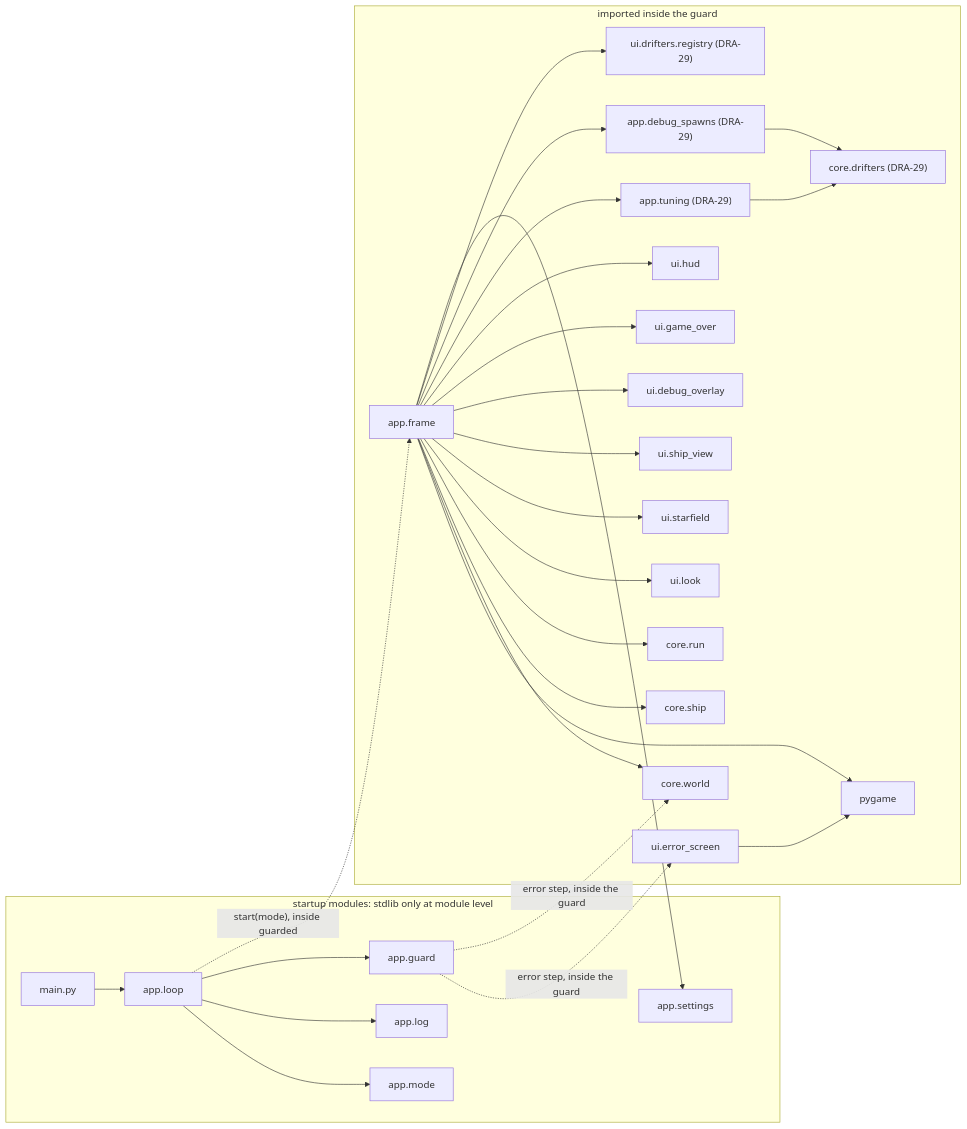
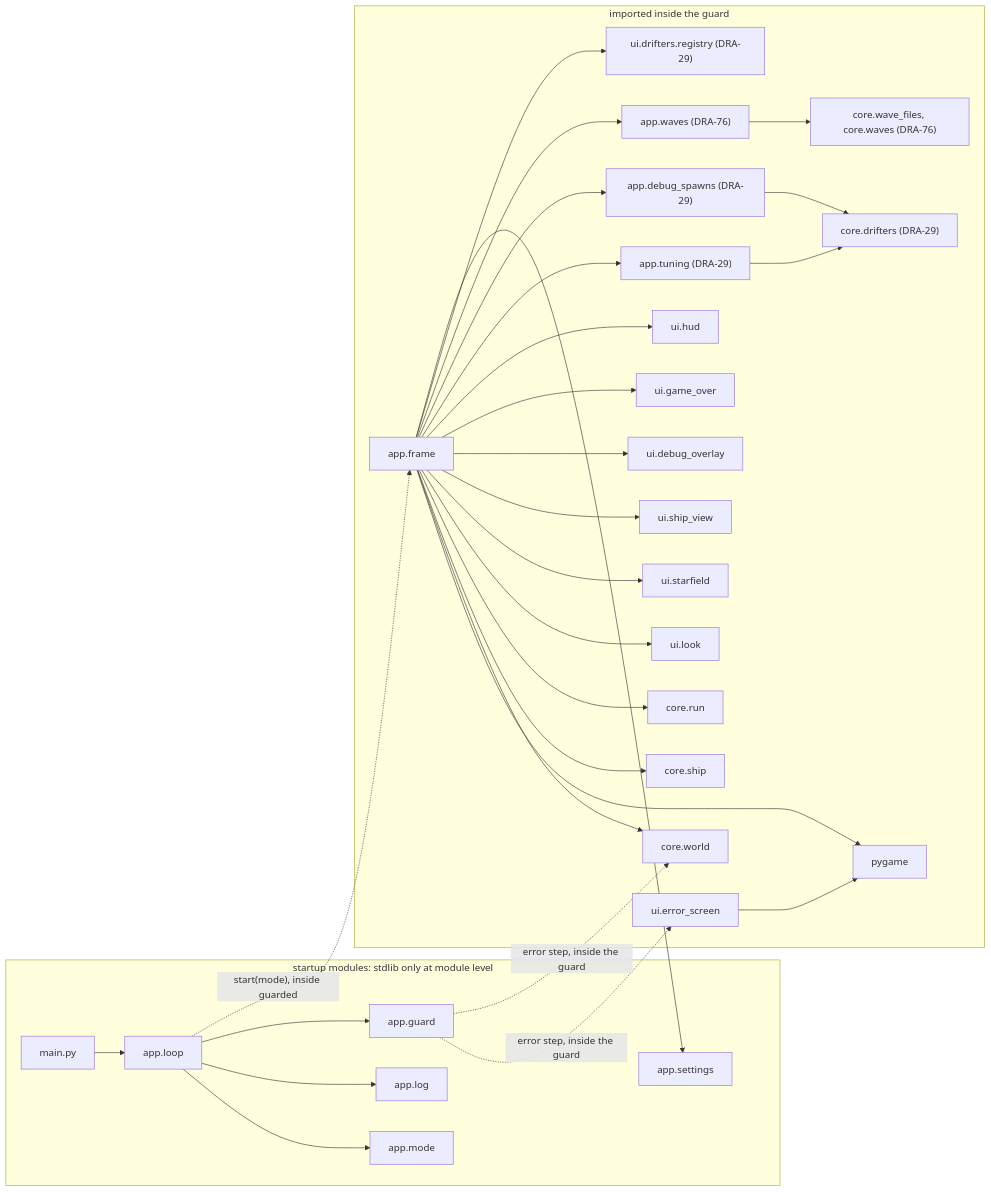
One commit to david-mntl/driftward-ace changed the second of 3 diagrams in docs/contracts/systems/app.md. Above: the diagram before and after it, drawn with Mermaid. The commit also changed other lines of this file and 18 other files, not shown here.

Commit message:
docs(contracts): add DRA-76 waves contract, wave and playlist schemas, tasks; update run, scroll, app, drifters, hud, debug overlay

````diff
--- a/docs/contracts/systems/app.md
+++ b/docs/contracts/systems/app.md
@@ -48,32 +50,34 @@
 ```mermaid
 flowchart LR
   subgraph startup["startup modules: stdlib only at module level"]
     MA["main.py"] --> LO["app.loop"]
     LO --> MO["app.mode"]
     LO --> LG["app.log"]
     LO --> GU["app.guard"]
     ST["app.settings"]
   end
   subgraph guarded["imported inside the guard"]
     FR["app.frame"] --> PG["pygame"]
     FR --> CW["core.world"]
     FR --> CS["core.ship"]
     FR --> CR["core.run"]
     FR --> UL["ui.look"]
     FR --> SF["ui.starfield"]
     FR --> SV["ui.ship_view"]
     FR --> DO["ui.debug_overlay"]
     FR --> GO["ui.game_over"]
     FR --> HU["ui.hud"]
     FR --> TU["app.tuning (DRA-29)"]
     FR --> DS["app.debug_spawns (DRA-29)"]
+    FR --> WA["app.waves (DRA-76)"]
     FR --> UO["ui.drifters.registry (DRA-29)"]
     TU --> CO["core.drifters (DRA-29)"]
     DS --> CO
+    WA --> CWF["core.wave_files, core.waves (DRA-76)"]
     ES["ui.error_screen"] --> PG
   end
   LO -. "start(mode), inside guarded" .-> FR
   GU -. "error step, inside the guard" .-> ES
   GU -. "error step, inside the guard" .-> CW
   FR --> ST
 ```
````
